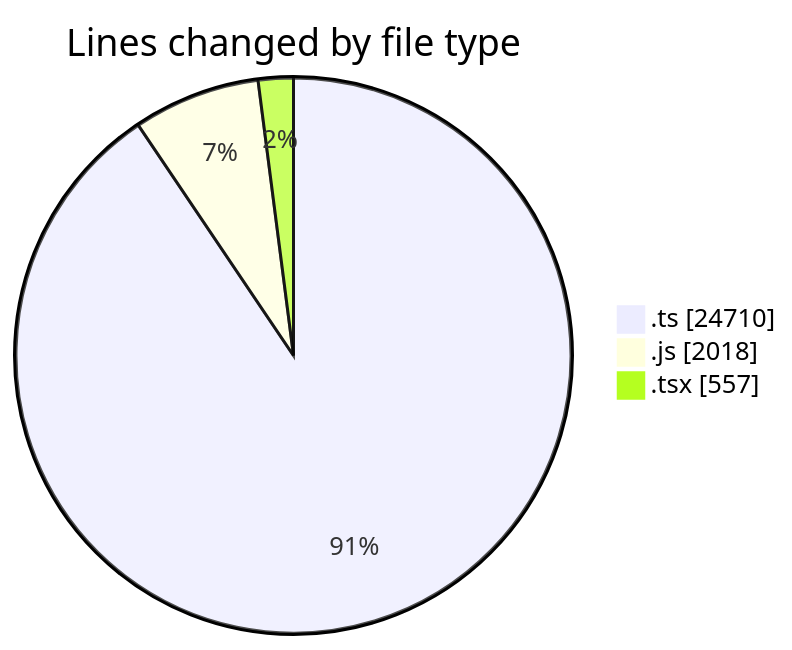
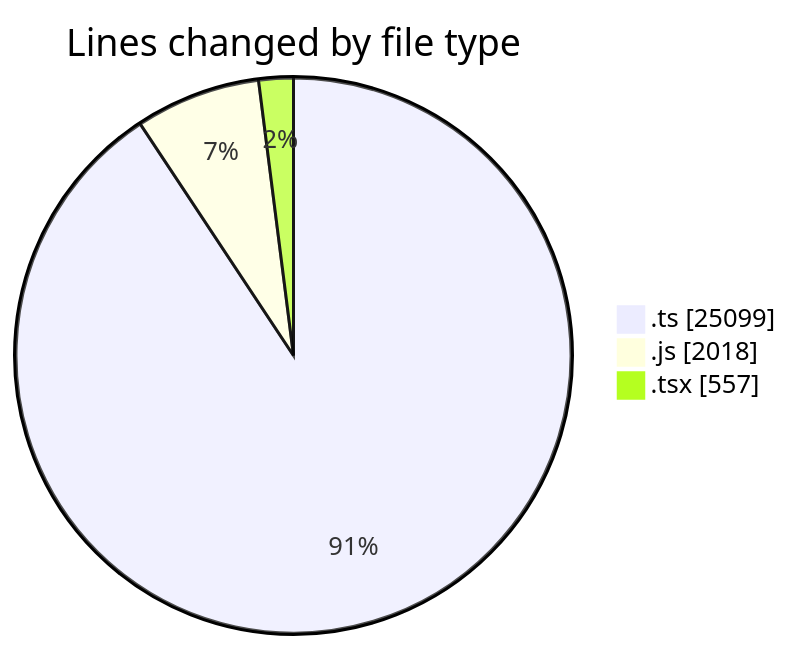
The first of 2 diagrams in 2025-06-20/cda/README.md (momahboobian/code-tracking), drawn with Mermaid before and after one commit. The commit also changed other lines of this file and 1 other file, not shown here.

````diff
--- a/2025-06-20/cda/README.md
+++ b/2025-06-20/cda/README.md
@@ -40,7 +40,7 @@
 ```mermaid
 pie showData
 title Lines changed by file type
-".ts" : 24710
+".ts" : 25099
 ".js" : 2018
 ".tsx" : 557
 ```
````
